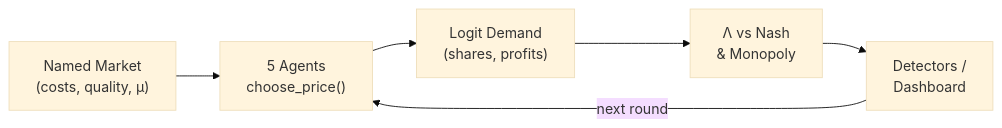
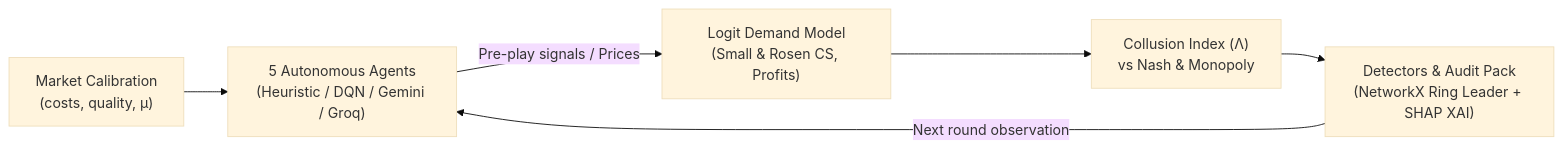
Before and after one commit to ARYANRAJ1121/ECHO: the diagram in README.md, drawn with Mermaid (base theme). The commit also changed other lines of this file, not shown here.

Commit message:
docs: comprehensive README update covering stages 1-8, XAI, NetworkX graph detection, Gemini LLM, and CI

````diff
--- a/README.md
+++ b/README.md
@@ -54,8 +61,8 @@
 ```mermaid
 flowchart LR
-    A["Named Market\n(costs, quality, μ)"] --> B["5 Agents\nchoose_price()"]
-    B --> C["Logit Demand\n(shares, profits)"]
-    C --> D["Λ vs Nash\n& Monopoly"]
-    D --> E["Detectors /\nDashboard"]
-    E -->|next round| B
+    A["Market Calibration\n(costs, quality, μ)"] --> B["5 Autonomous Agents\n(Heuristic / DQN / Gemini / Groq)"]
+    B -->|Pre-play signals / Prices| C["Logit Demand Model\n(Small & Rosen CS, Profits)"]
+    C --> D["Collusion Index (Λ)\nvs Nash & Monopoly"]
+    D --> E["Detectors & Audit Pack\n(NetworkX Ring Leader + SHAP XAI)"]
+    E -->|Next round observation| B
 ```
````
